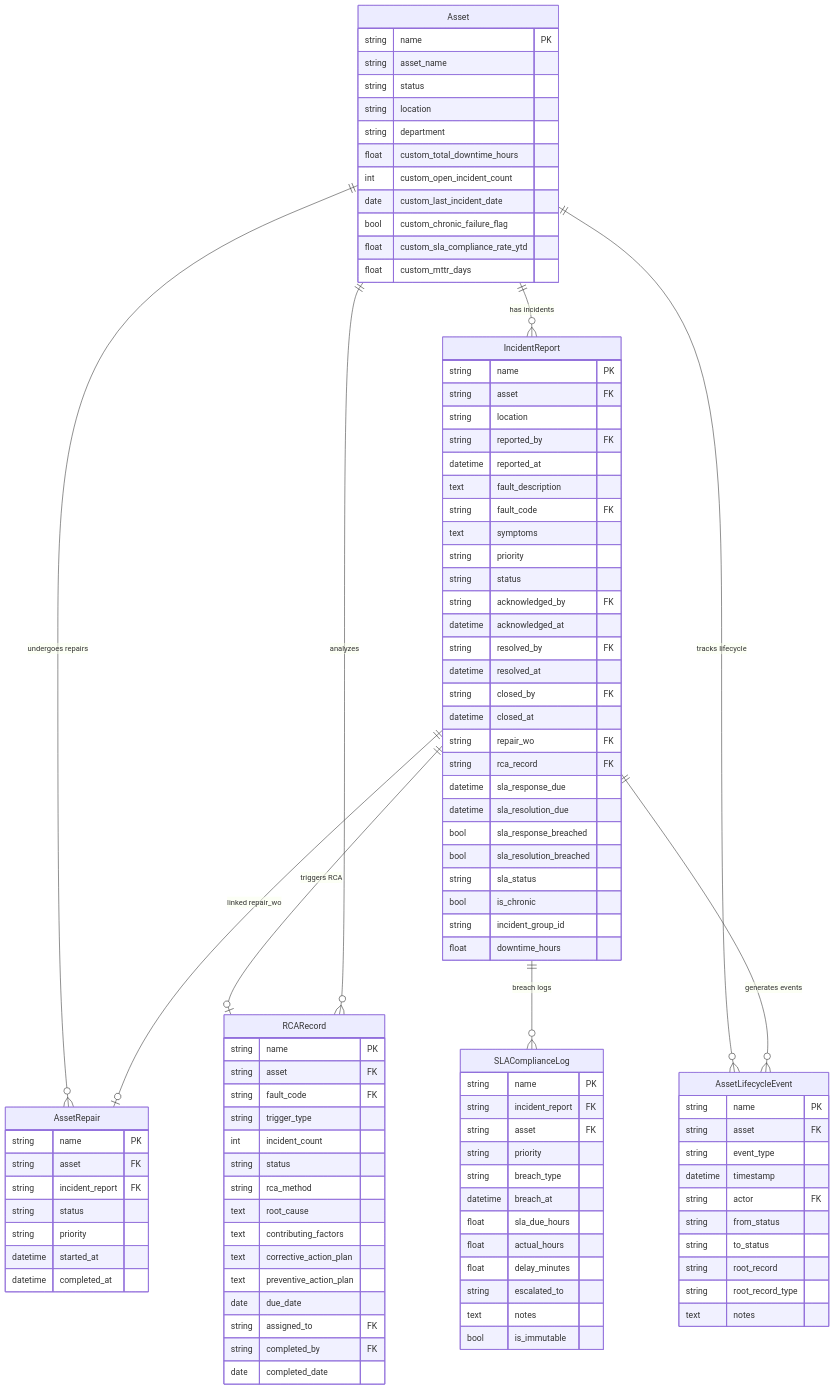
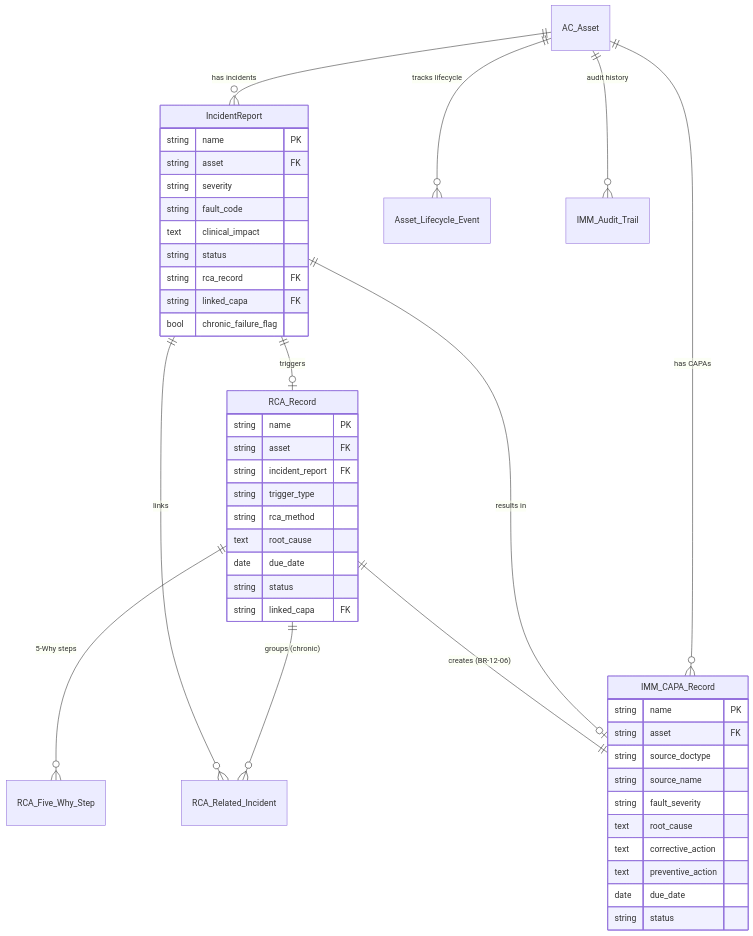
Before and after one commit to mvl26/Assetcore: the first of 4 diagrams in docs/imm-12/IMM-12_Technical_Design.md, drawn with Mermaid. The commit also changed other lines of this file and 329 other files, not shown here.

Commit message:
feat (BE+FE): create imm-00 (data asset), update imm-04,05,08 and 09

````diff
--- a/docs/imm-12/IMM-12_Technical_Design.md
+++ b/docs/imm-12/IMM-12_Technical_Design.md
@@ -15,110 +314,52 @@
 ```mermaid
 erDiagram
-    Asset {
+    AC_Asset ||--o{ IncidentReport : "has incidents"
+    AC_Asset ||--o{ IMM_CAPA_Record : "has CAPAs"
+    AC_Asset ||--o{ Asset_Lifecycle_Event : "tracks lifecycle"
+    AC_Asset ||--o{ IMM_Audit_Trail : "audit history"
+
+    IncidentReport ||--o| RCA_Record : "triggers"
+    IncidentReport ||--o| IMM_CAPA_Record : "results in"
+
+    RCA_Record ||--o{ RCA_Related_Incident : "groups (chronic)"
+    RCA_Related_Incident }o--|| IncidentReport : "links"
+    RCA_Record ||--o{ RCA_Five_Why_Step : "5-Why steps"
+    RCA_Record ||--|| IMM_CAPA_Record : "creates (BR-12-06)"
+
+    IMM_CAPA_Record {
         string name PK
-        string asset_name
+        string asset FK
+        string source_doctype
+        string source_name
+        string fault_severity
+        text root_cause
+        text corrective_action
+        text preventive_action
+        date due_date
         string status
-        string location
-        string department
-        float custom_total_downtime_hours
-        int custom_open_incident_count
-        date custom_last_incident_date
-        bool custom_chronic_failure_flag
-        float custom_sla_compliance_rate_ytd
-        float custom_mttr_days
     }
 
     IncidentReport {
         string name PK
         string asset FK
-        string location
-        string reported_by FK
-        datetime reported_at
-        text fault_description
-        string fault_code FK
-        text symptoms
-        string priority
+        string severity
+        string fault_code
+        text clinical_impact
         string status
-        string acknowledged_by FK
-        datetime acknowledged_at
-        string resolved_by FK
-        datetime resolved_at
-        string closed_by FK
-        datetime closed_at
-        string repair_wo FK
         string rca_record FK
-        datetime sla_response_due
-        datetime sla_resolution_due
-        bool sla_response_breached
-        bool sla_resolution_breached
-        string sla_status
-        bool is_chronic
-        string incident_group_id
-        float downtime_hours
+        string linked_capa FK
+        bool chronic_failure_flag
     }
 
-    SLAComplianceLog {
-        string name PK
-        string incident_report FK
-        string asset FK
-        string priority
-        string breach_type
-        datetime breach_at
-        float sla_due_hours
-        float actual_hours
-        float delay_minutes
-        string escalated_to
-        text notes
-        bool is_immutable
-    }
-
-    RCARecord {
-        string name PK
-        string asset FK
-        string fault_code FK
-        string trigger_type
-        int incident_count
-        string status
-        string rca_method
-        text root_cause
-        text contributing_factors
-        text corrective_action_plan
-        text preventive_action_plan
-        date due_date
-        string assigned_to FK
-        string completed_by FK
-        date completed_date
-    }
-
-    AssetRepair {
+    RCA_Record {
         string name PK
         string asset FK
         string incident_report FK
+        string trigger_type
+        string rca_method
+        text root_cause
+        date due_date
         string status
-        string priority
-        datetime started_at
-        datetime completed_at
+        string linked_capa FK
     }
-
-    AssetLifecycleEvent {
-        string name PK
-        string asset FK
-        string event_type
-        datetime timestamp
-        string actor FK
-        string from_status
-        string to_status
-        string root_record
-        string root_record_type
-        text notes
-    }
-
-    Asset ||--o{ IncidentReport : "has incidents"
-    Asset ||--o{ AssetRepair : "undergoes repairs"
-    Asset ||--o{ AssetLifecycleEvent : "tracks lifecycle"
-    IncidentReport ||--o| AssetRepair : "linked repair_wo"
-    IncidentReport ||--o| RCARecord : "triggers RCA"
-    IncidentReport ||--o{ SLAComplianceLog : "breach logs"
-    IncidentReport ||--o{ AssetLifecycleEvent : "generates events"
-    RCARecord }o--|| Asset : "analyzes"
 ```
````
